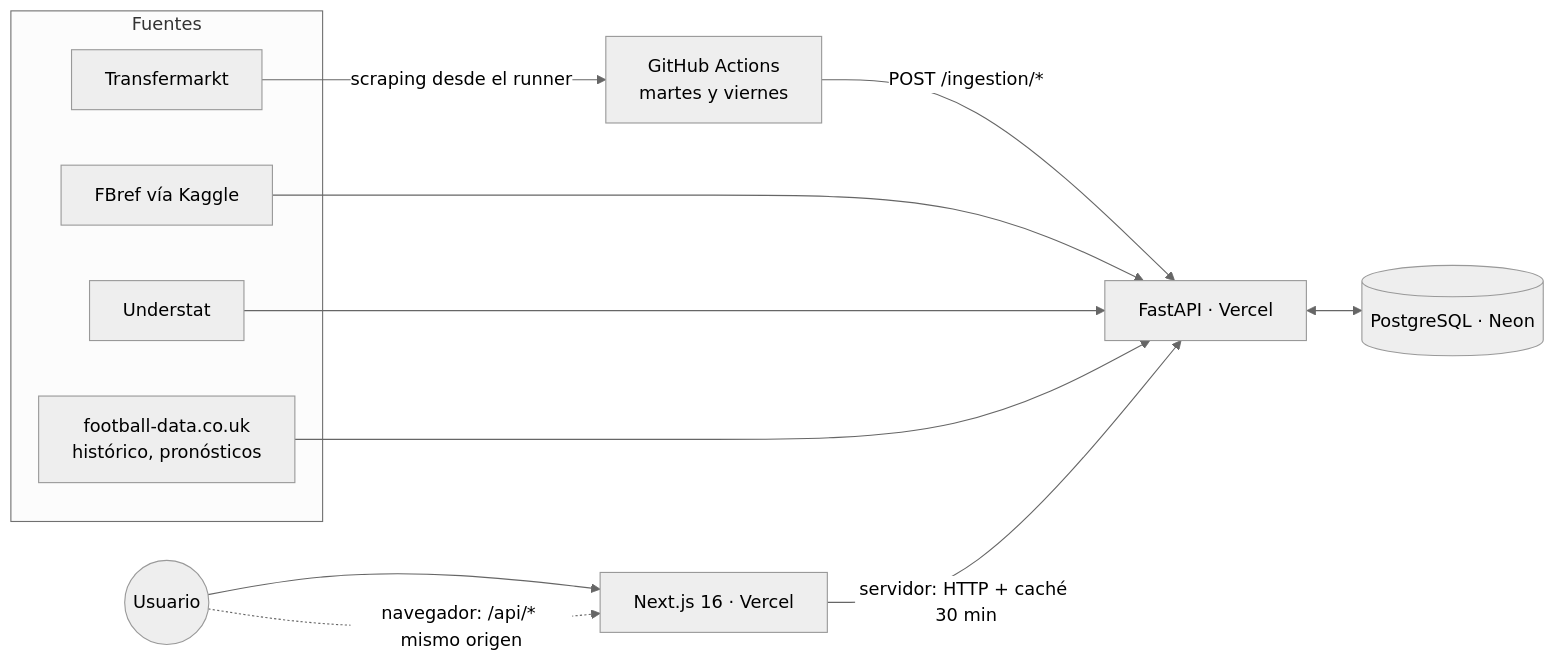
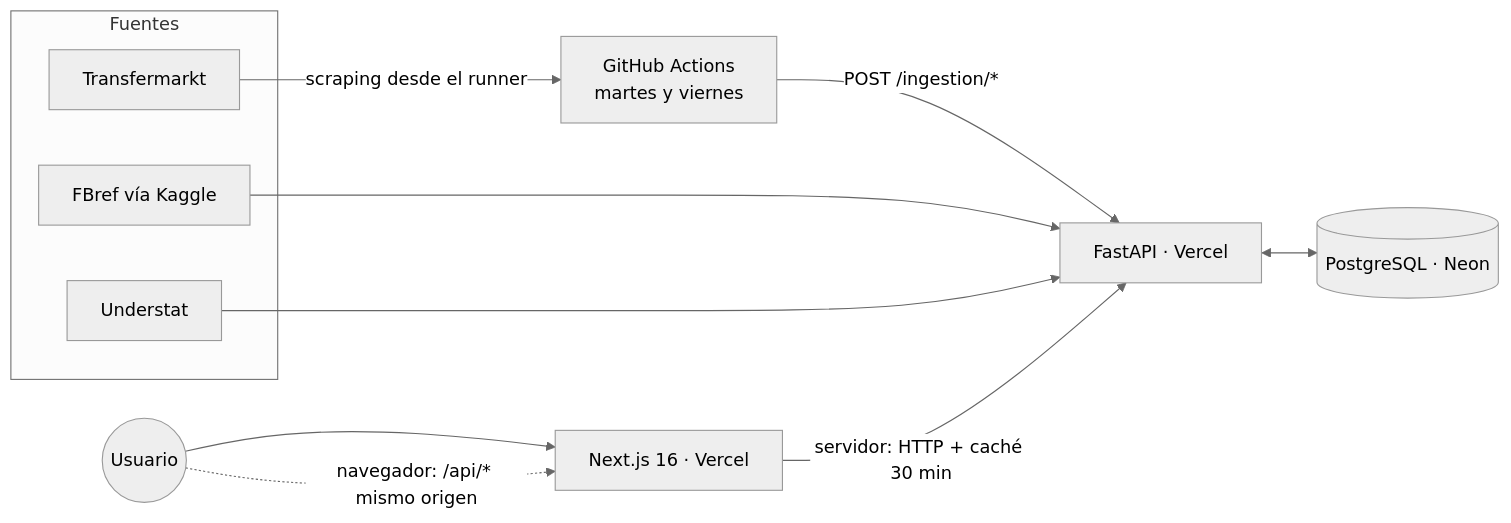
Before and after one commit to albertoqv/el-regista: the diagram in README.md, drawn with Mermaid (neutral theme). The commit also changed other lines of this file, not shown here.

````diff
--- a/README.md
+++ b/README.md
@@ -48,16 +44,15 @@
 ```mermaid
 flowchart LR
     subgraph Fuentes
         FB[FBref vía Kaggle]
         US[Understat]
         TM[Transfermarkt]
-        FD[football-data.co.uk<br/>histórico, pronósticos]
     end
     GA[GitHub Actions<br/>martes y viernes] -->|POST /ingestion/*| API
-    FB & US & FD --> API
+    FB & US --> API
     TM -->|scraping desde el runner| GA
     API[FastAPI · Vercel] <--> DB[(PostgreSQL · Neon)]
     WEB[Next.js 16 · Vercel] -->|servidor: HTTP + caché 30 min| API
     U((Usuario)) --> WEB
     U -.->|navegador: /api/* mismo origen| WEB
 ```
````
